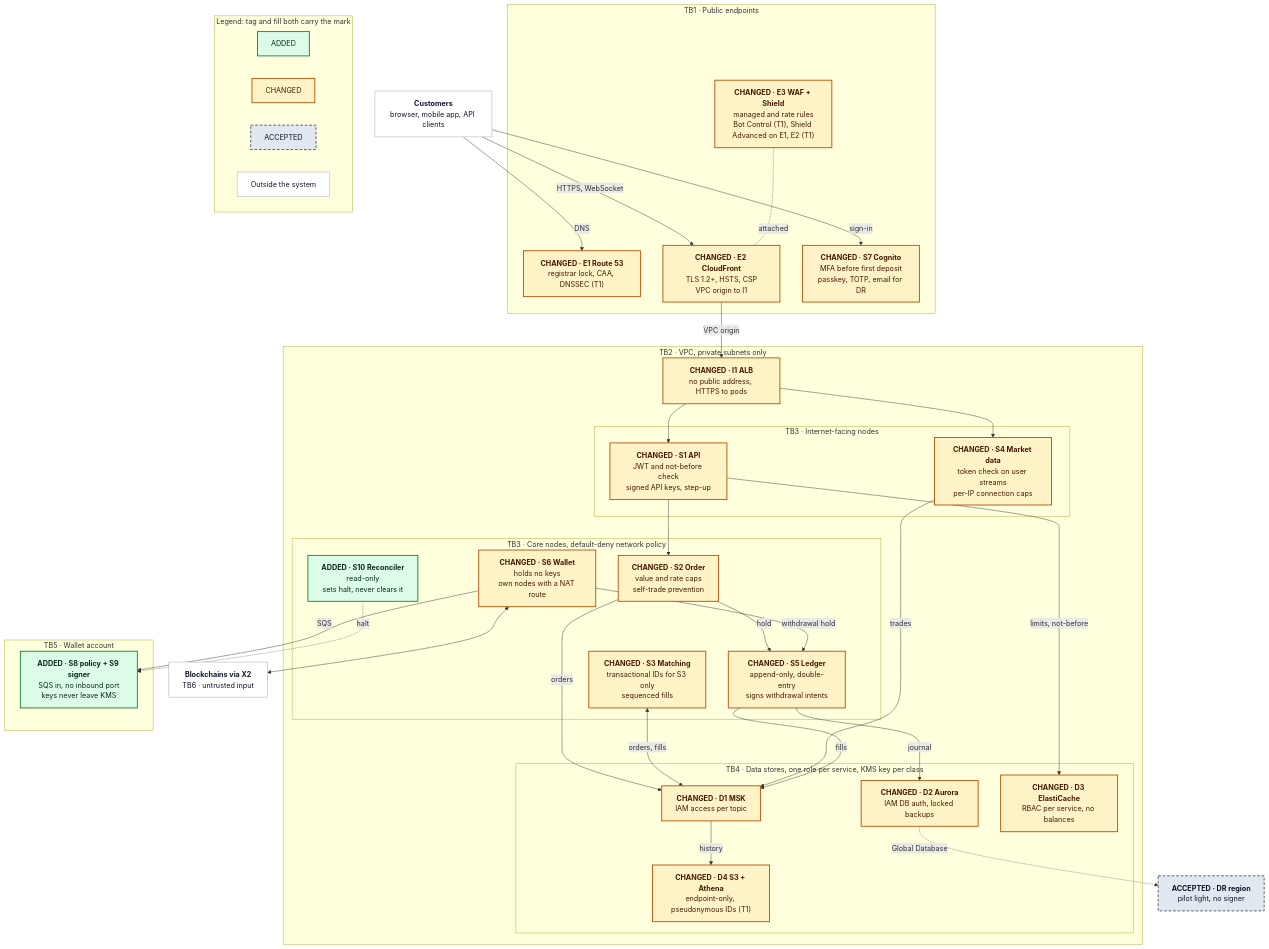
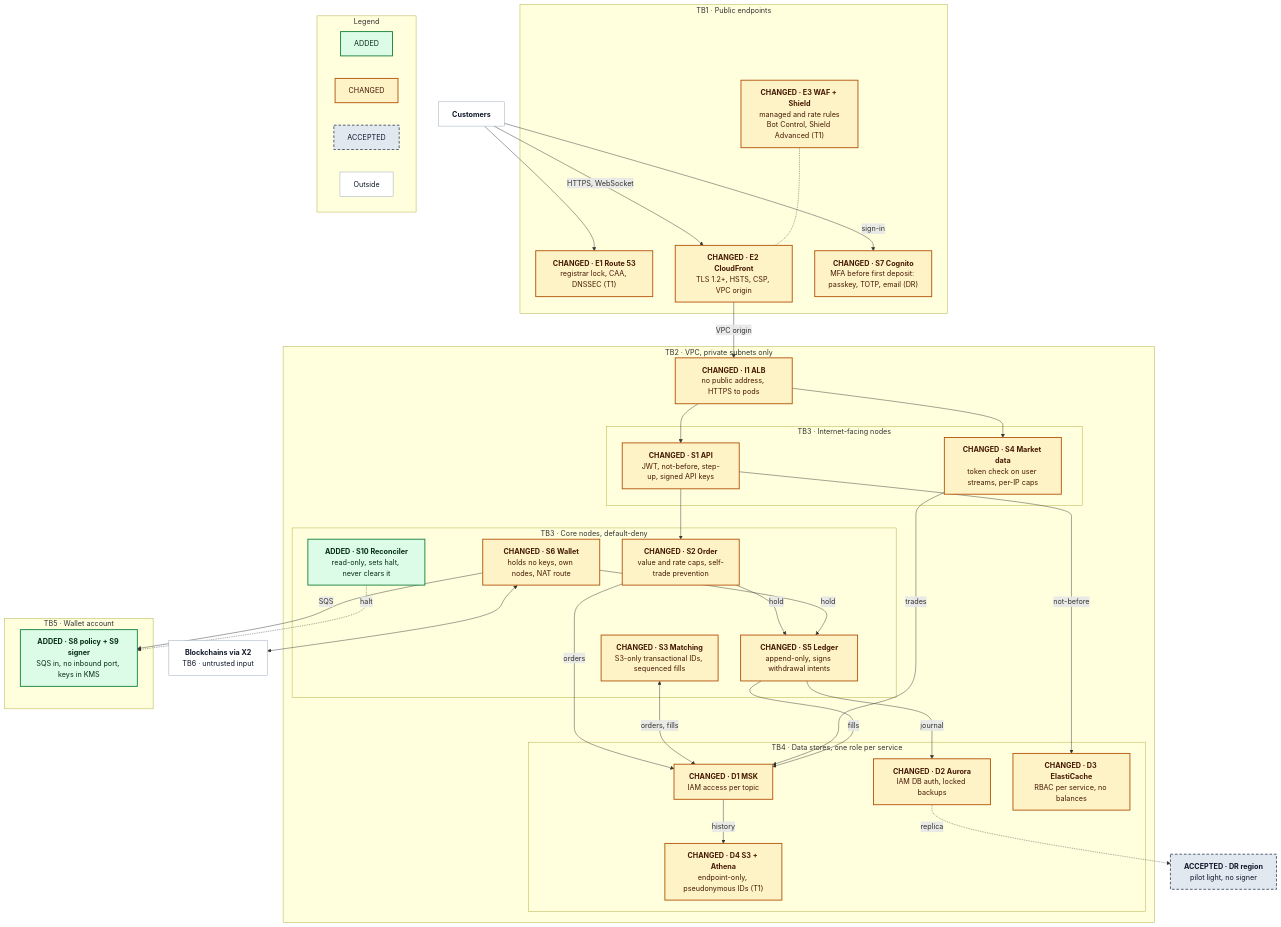
One commit to ndmquan-git/devops-challenge-ndmquan changed the first of 3 diagrams in src/problem5/SOLUTION.md. Above: the diagram before and after it, drawn with Mermaid. The commit also changed other lines of this file and 1 other file, not shown here.

````diff
--- a/src/problem5/SOLUTION.md
+++ b/src/problem5/SOLUTION.md
@@ -124,21 +135,18 @@
   classDef accepted fill:#e2e8f0,stroke:#475569,stroke-width:2px,stroke-dasharray:6 4,color:#0f172a
   classDef external fill:#ffffff,stroke:#94a3b8,color:#0f172a
 
-  users["`**Customers**
-browser, mobile app, API clients`"]:::external
+  users["`**Customers**`"]:::external
 
   subgraph tb1["TB1 · Public endpoints"]
     E1["`**CHANGED · E1 Route 53**
 registrar lock, CAA, DNSSEC (T1)`"]:::changed
     E2["`**CHANGED · E2 CloudFront**
-TLS 1.2+, HSTS, CSP
-VPC origin to I1`"]:::changed
+TLS 1.2+, HSTS, CSP, VPC origin`"]:::changed
     E3["`**CHANGED · E3 WAF + Shield**
 managed and rate rules
-Bot Control (T1), Shield Advanced on E1, E2 (T1)`"]:::changed
+Bot Control, Shield Advanced (T1)`"]:::changed
     S7["`**CHANGED · S7 Cognito**
-MFA before first deposit
-passkey, TOTP, email for DR`"]:::changed
+MFA before first deposit: passkey, TOTP, email (DR)`"]:::changed
   end
 
   subgraph tb2["TB2 · VPC, private subnets only"]
@@ -147,32 +155,25 @@
 
     subgraph tb3a["TB3 · Internet-facing nodes"]
       S1["`**CHANGED · S1 API**
-JWT and not-before check
-signed API keys, step-up`"]:::changed
+JWT, not-before, step-up, signed API keys`"]:::changed
       S4["`**CHANGED · S4 Market data**
-token check on user streams
-per-IP connection caps`"]:::changed
+token check on user streams, per-IP caps`"]:::changed
     end
 
-    subgraph tb3b["TB3 · Core nodes, default-deny network policy"]
+    subgraph tb3b["TB3 · Core nodes, default-deny"]
       S2["`**CHANGED · S2 Order**
-value and rate caps
-self-trade prevention`"]:::changed
+value and rate caps, self-trade prevention`"]:::changed
       S3["`**CHANGED · S3 Matching**
-transactional IDs for S3 only
-sequenced fills`"]:::changed
+S3-only transactional IDs, sequenced fills`"]:::changed
       S5["`**CHANGED · S5 Ledger**
-append-only, double-entry
-signs withdrawal intents`"]:::changed
+append-only, signs withdrawal intents`"]:::changed
       S6["`**CHANGED · S6 Wallet**
-holds no keys
-own nodes with a NAT route`"]:::changed
+holds no keys, own nodes, NAT route`"]:::changed
       S10["`**ADDED · S10 Reconciler**
-read-only
-sets halt, never clears it`"]:::added
+read-only, sets halt, never clears it`"]:::added
     end
 
-    subgraph tb4["TB4 · Data stores, one role per service, KMS key per class"]
+    subgraph tb4["TB4 · Data stores, one role per service"]
       D1["`**CHANGED · D1 MSK**
 IAM access per topic`"]:::changed
       D2["`**CHANGED · D2 Aurora**
@@ -189,22 +190,21 @@
 
   subgraph tb5["TB5 · Wallet account"]
     W["`**ADDED · S8 policy + S9 signer**
-SQS in, no inbound port
-keys never leave KMS`"]:::added
+SQS in, no inbound port, keys in KMS`"]:::added
   end
 
   DR["`**ACCEPTED · DR region**
 pilot light, no signer`"]:::accepted
 
-  users -->|DNS| E1
+  users --> E1
   users -->|HTTPS, WebSocket| E2
-  E3 -.-|attached| E2
+  E3 -.- E2
   users -->|sign-in| S7
   E2 -->|VPC origin| I1
   I1 --> S1
   I1 --> S4
   S1 --> S2
-  S1 -->|limits, not-before| D3
+  S1 -->|not-before| D3
   S2 -->|hold| S5
   S2 -->|orders| D1
   S3 <-->|orders, fills| D1
@@ -212,17 +212,17 @@
   S5 -->|fills| D1
   S5 -->|journal| D2
   D1 -->|history| D4
-  S6 -->|withdrawal hold| S5
+  S6 -->|hold| S5
   S6 -->|SQS| W
   S6 <--> chains
   S10 -.->|halt| W
-  D2 -.->|Global Database| DR
+  D2 -.->|replica| DR
 
-  subgraph legend["Legend: tag and fill both carry the mark"]
+  subgraph legend["Legend"]
     direction LR
     LA["ADDED"]:::added
     LC["CHANGED"]:::changed
     LX["ACCEPTED"]:::accepted
-    LE["Outside the system"]:::external
+    LE["Outside"]:::external
   end
 ```
````
